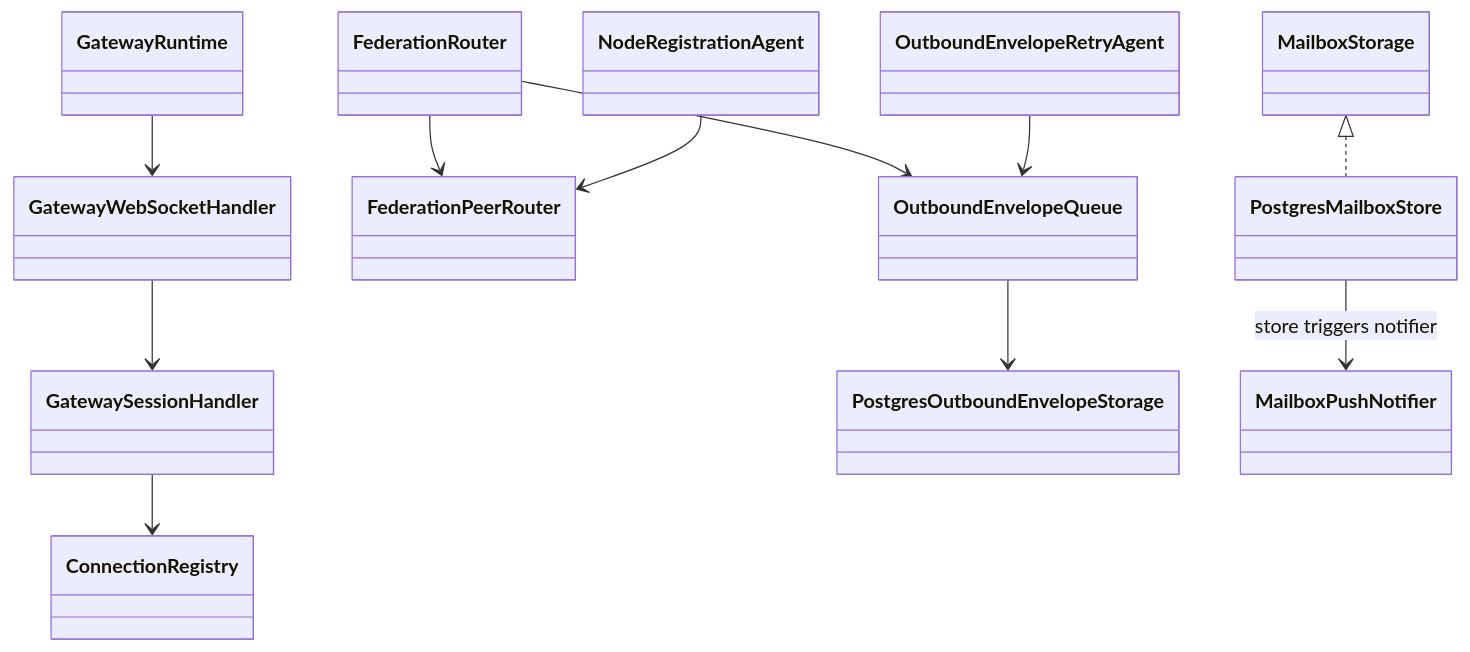
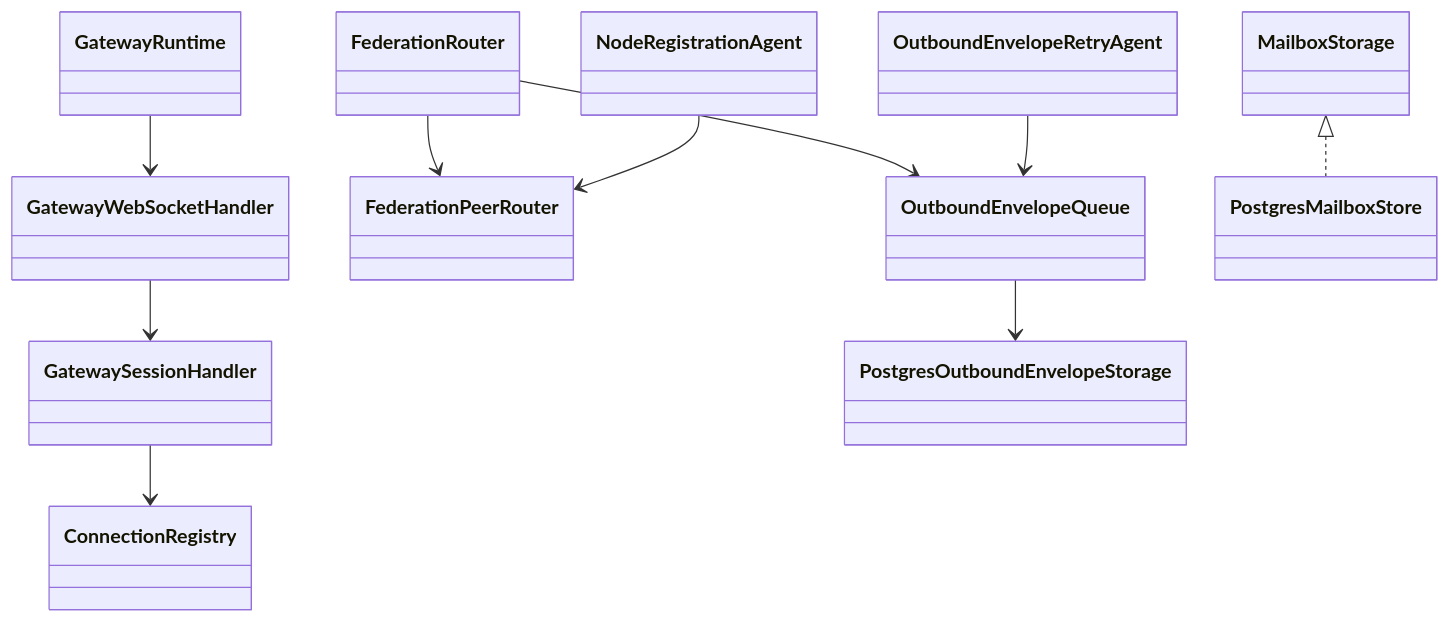
The third of 3 diagrams in docs/server/overview.md (cbgm/Sparrow), drawn with Mermaid before and after one commit. The commit also changed other lines of this file and 61 other files, not shown here.

````diff
--- a/docs/server/overview.md
+++ b/docs/server/overview.md
@@ -201,29 +185,27 @@
 ```mermaid
 classDiagram
     class GatewayRuntime
     class GatewayWebSocketHandler
     class GatewaySessionHandler
     class ConnectionRegistry
     class FederationRouter
     class FederationPeerRouter
     class OutboundEnvelopeQueue
     class PostgresOutboundEnvelopeStorage
     class OutboundEnvelopeRetryAgent
     class NodeRegistrationAgent
     class MailboxStorage
     class PostgresMailboxStore
-    class MailboxPushNotifier
 
     GatewayRuntime --> GatewayWebSocketHandler
     GatewayWebSocketHandler --> GatewaySessionHandler
     GatewaySessionHandler --> ConnectionRegistry
 
     FederationRouter --> FederationPeerRouter
     FederationRouter --> OutboundEnvelopeQueue
     OutboundEnvelopeQueue --> PostgresOutboundEnvelopeStorage
     OutboundEnvelopeRetryAgent --> OutboundEnvelopeQueue
     NodeRegistrationAgent --> FederationPeerRouter
 
     MailboxStorage <|.. PostgresMailboxStore
-    PostgresMailboxStore --> MailboxPushNotifier : store triggers notifier
 ```
````
